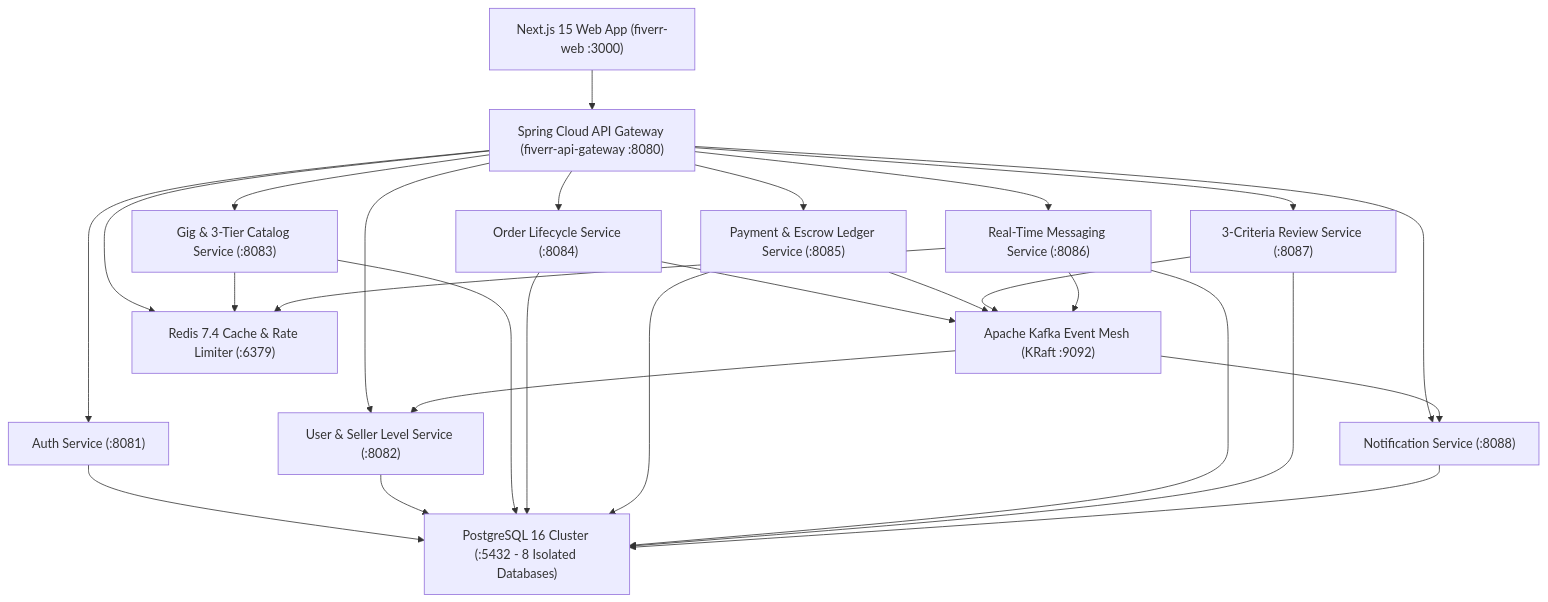
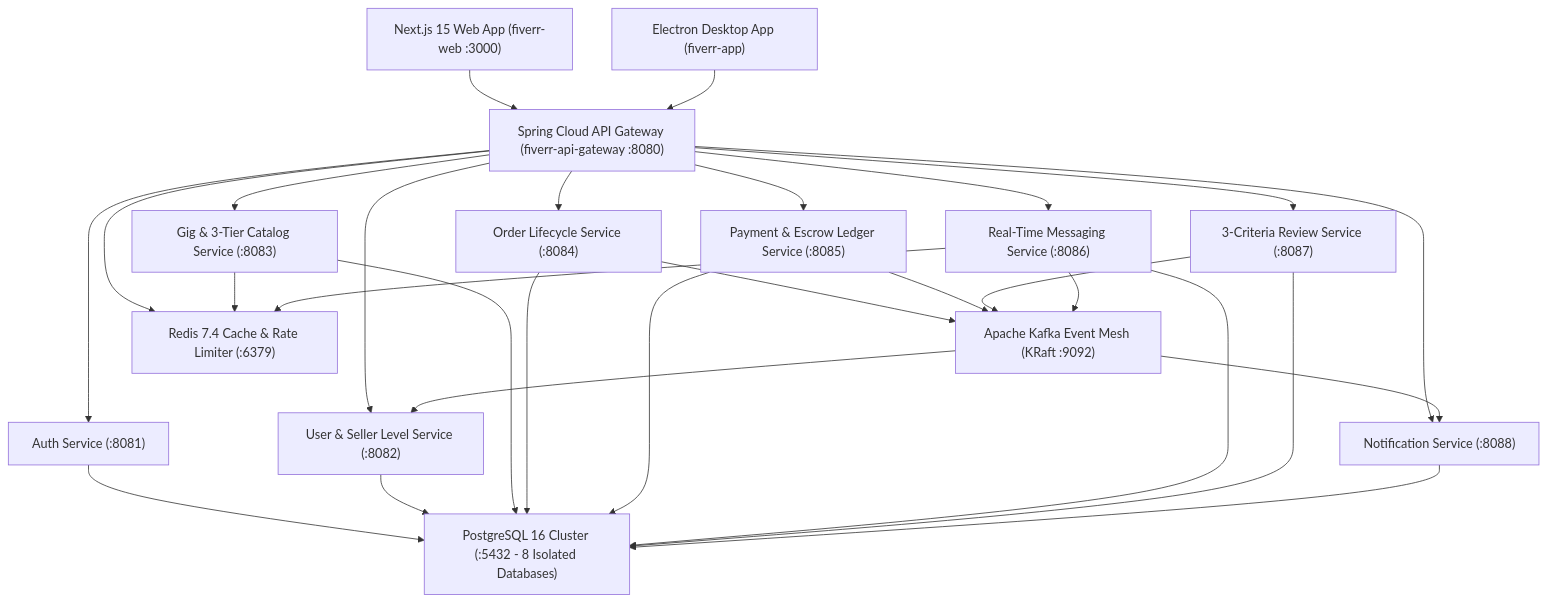
One commit to fiverr-club/.github changed the first of 2 diagrams in profile/README.md. Above: the diagram before and after it, drawn with Mermaid. The commit also changed other lines of this file, not shown here.

Commit message:
docs(profile): add fiverr-app Electron desktop workstation to organization catalog and architecture

````diff
--- a/profile/README.md
+++ b/profile/README.md
@@ -9,33 +9,34 @@
 ```mermaid
 flowchart TD
     Client["Next.js 15 Web App (fiverr-web :3000)"] --> Gateway["Spring Cloud API Gateway (fiverr-api-gateway :8080)"]
+    Desktop["Electron Desktop App (fiverr-app)"] --> Gateway
 
     Gateway --> Auth["Auth Service (:8081)"]
     Gateway --> User["User & Seller Level Service (:8082)"]
     Gateway --> Gig["Gig & 3-Tier Catalog Service (:8083)"]
     Gateway --> Order["Order Lifecycle Service (:8084)"]
     Gateway --> Payment["Payment & Escrow Ledger Service (:8085)"]
     Gateway --> Messaging["Real-Time Messaging Service (:8086)"]
     Gateway --> Review["3-Criteria Review Service (:8087)"]
     Gateway --> Notification["Notification Service (:8088)"]
 
     Order --> Kafka["Apache Kafka Event Mesh (KRaft :9092)"]
     Payment --> Kafka
     Review --> Kafka
     Messaging --> Kafka
     Kafka --> Notification
     Kafka --> User
 
     Auth --> PG["PostgreSQL 16 Cluster (:5432 - 8 Isolated Databases)"]
     User --> PG
     Gig --> PG
     Order --> PG
     Payment --> PG
     Messaging --> PG
     Review --> PG
     Notification --> PG
 
     Gateway --> Redis["Redis 7.4 Cache & Rate Limiter (:6379)"]
     Gig --> Redis
     Messaging --> Redis
 ```
````
